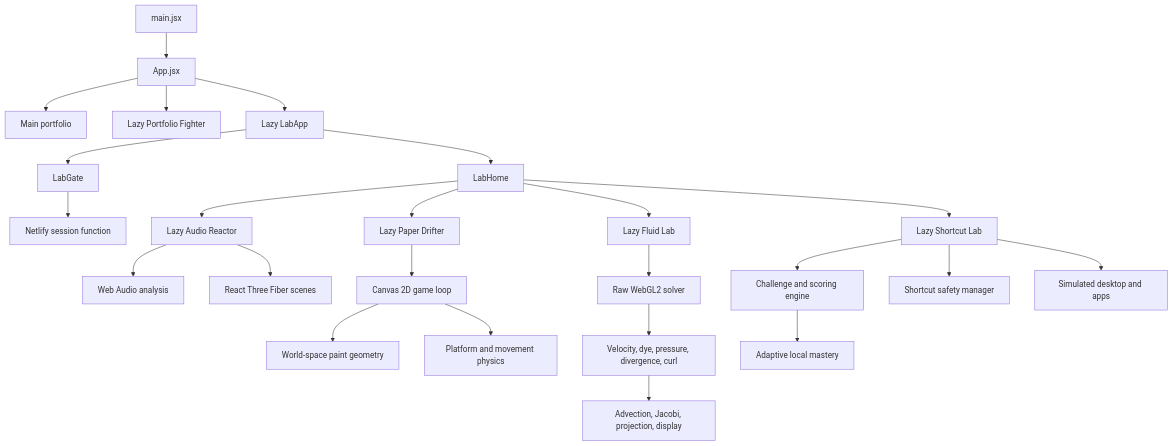
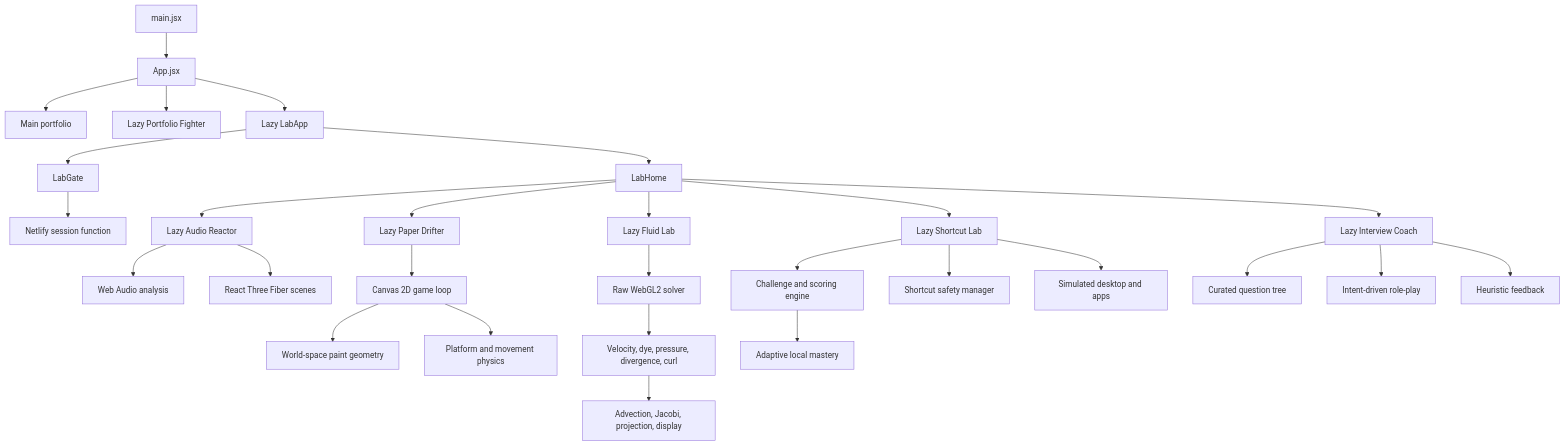
The diagram in README.md (Priitivi/Portfolio), drawn with Mermaid before and after one commit. The commit also changed other lines of this file and 2 other files, not shown here.

Commit message:
test(lab): cover and document interview coach

````diff
--- a/README.md
+++ b/README.md
@@ -168,33 +177,38 @@
 ```mermaid
 flowchart TD
     Entry[main.jsx] --> App[App.jsx]
 
     App --> Portfolio[Main portfolio]
     App --> Fighter[Lazy Portfolio Fighter]
     App --> Lab[Lazy LabApp]
 
     Lab --> Gate[LabGate]
     Gate --> Session[Netlify session function]
     Lab --> Dashboard[LabHome]
 
     Dashboard --> Audio[Lazy Audio Reactor]
     Dashboard --> Drifter[Lazy Paper Drifter]
     Dashboard --> Fluid[Lazy Fluid Lab]
     Dashboard --> Shortcuts[Lazy Shortcut Lab]
+    Dashboard --> Coach[Lazy Interview Coach]
 
     Audio --> WebAudio[Web Audio analysis]
     Audio --> R3F[React Three Fiber scenes]
 
     Drifter --> Canvas[Canvas 2D game loop]
     Canvas --> Paint[World-space paint geometry]
     Canvas --> Physics[Platform and movement physics]
 
     Fluid --> WebGL[Raw WebGL2 solver]
     WebGL --> Fields[Velocity, dye, pressure, divergence, curl]
     Fields --> Passes[Advection, Jacobi, projection, display]
 
     Shortcuts --> Engine[Challenge and scoring engine]
     Shortcuts --> Safety[Shortcut safety manager]
     Shortcuts --> Desktop[Simulated desktop and apps]
     Engine --> Mastery[Adaptive local mastery]
+
+    Coach --> QuestionTree[Curated question tree]
+    Coach --> Roleplay[Intent-driven role-play]
+    Coach --> Feedback[Heuristic feedback]
 ```
````
